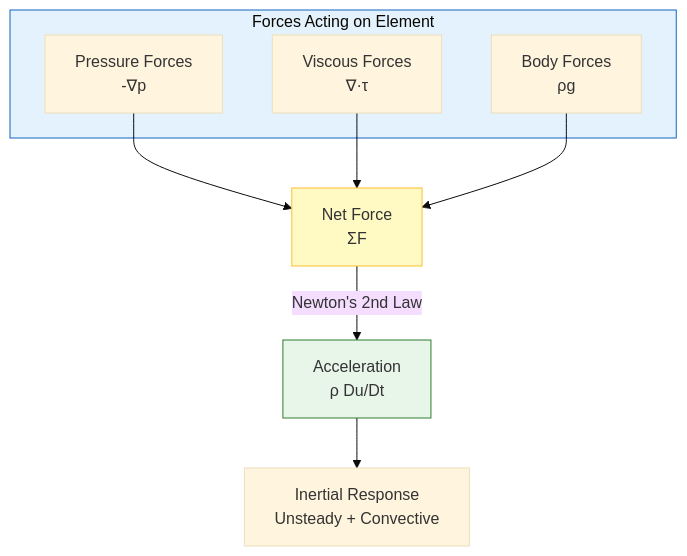
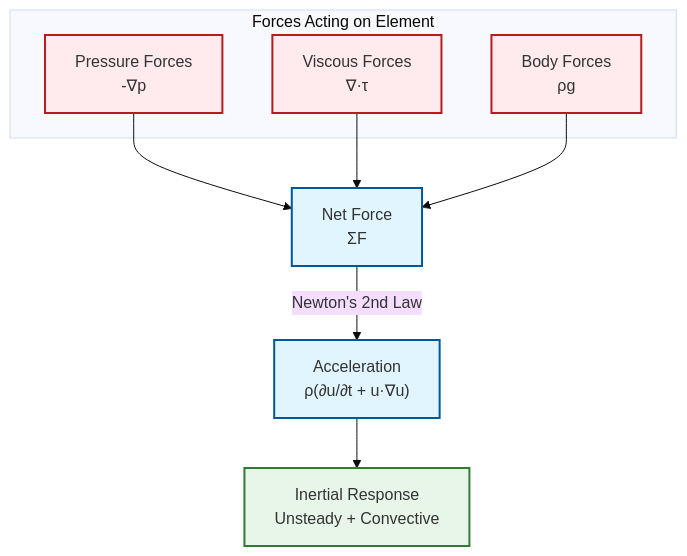
The fourth of 8 diagrams in MODULE_01_CFD_FUNDAMENTALS/CONTENT/02_FINITE_VOLUME_METHOD/02_Fundamental_Concepts.md (wramet/build-my-cfd), drawn with Mermaid (base theme) before and after one commit. The commit also changed other lines of this file and 313 other files, not shown here.

Commit message:
Revise all diagram

````diff
--- a/MODULE_01_CFD_FUNDAMENTALS/CONTENT/02_FINITE_VOLUME_METHOD/02_Fundamental_Concepts.md
+++ b/MODULE_01_CFD_FUNDAMENTALS/CONTENT/02_FINITE_VOLUME_METHOD/02_Fundamental_Concepts.md
@@ -165,20 +158,20 @@
 ```mermaid
 graph TD
-    subgraph Forces["Forces Acting on Element"]
-        P["Pressure Forces<br/>-∇p"]
-        V["Viscous Forces<br/>∇·τ"]
-        B["Body Forces<br/>ρg"]
-    end
+classDef implicit fill:#e1f5fe,stroke:#01579b,stroke-width:2px;
+classDef explicit fill:#ffebee,stroke:#b71c1c,stroke-width:2px;
+classDef success fill:#e8f5e9,stroke:#2e7d32,stroke-width:2px;
 
-    P --> Net["Net Force<br/>ΣF"]
-    V --> Net
-    B --> Net
+subgraph Forces["Forces Acting on Element"]
+    P["Pressure Forces<br/>-∇p"]:::explicit
+    V["Viscous Forces<br/>∇·τ"]:::explicit
+    B["Body Forces<br/>ρg"]:::explicit
+end
 
-    Net -->|Newton's 2nd Law| Acc["Acceleration<br/>ρ Du/Dt"]
+P --> Net["Net Force<br/>ΣF"]:::implicit
+V --> Net
+B --> Net
 
-    Acc --> Inertia["Inertial Response<br/>Unsteady + Convective"]
+Net -->|Newton's 2nd Law| Acc["Acceleration<br/>ρ(∂u/∂t + u·∇u)"]:::implicit
 
-    style Forces fill:#e3f2fd,stroke:#1565c0
-    style Net fill:#fff9c4,stroke:#fbc02d
-    style Acc fill:#e8f5e9,stroke:#2e7d32
+Acc --> Inertia["Inertial Response<br/>Unsteady + Convective"]:::success
 ```
````
